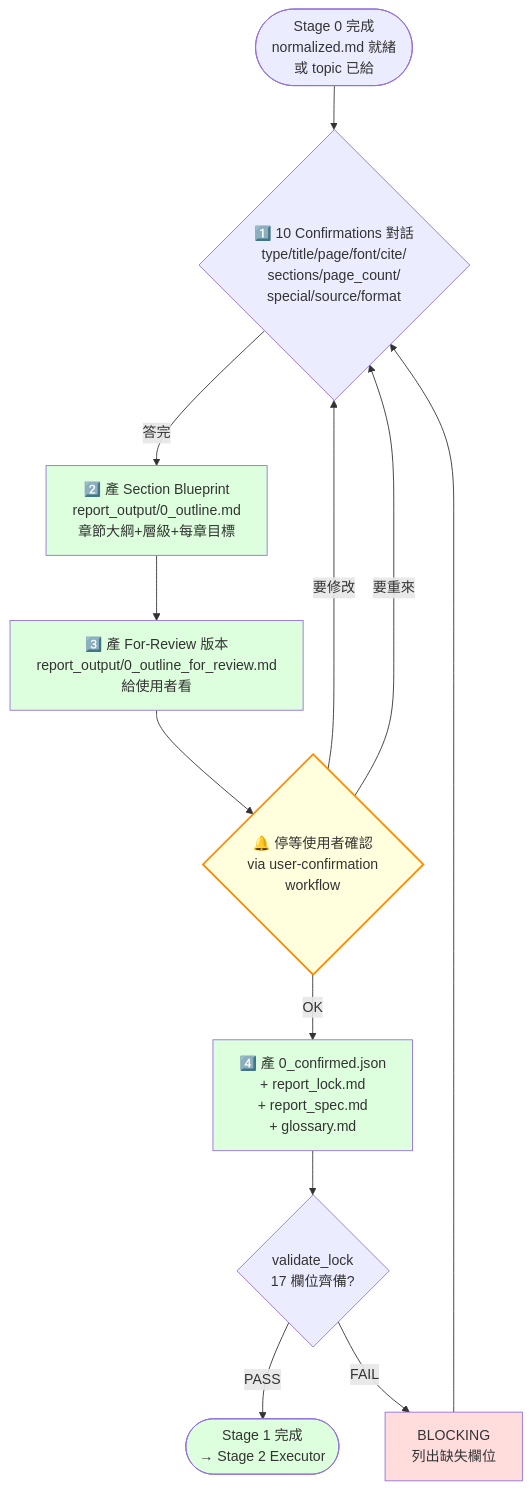
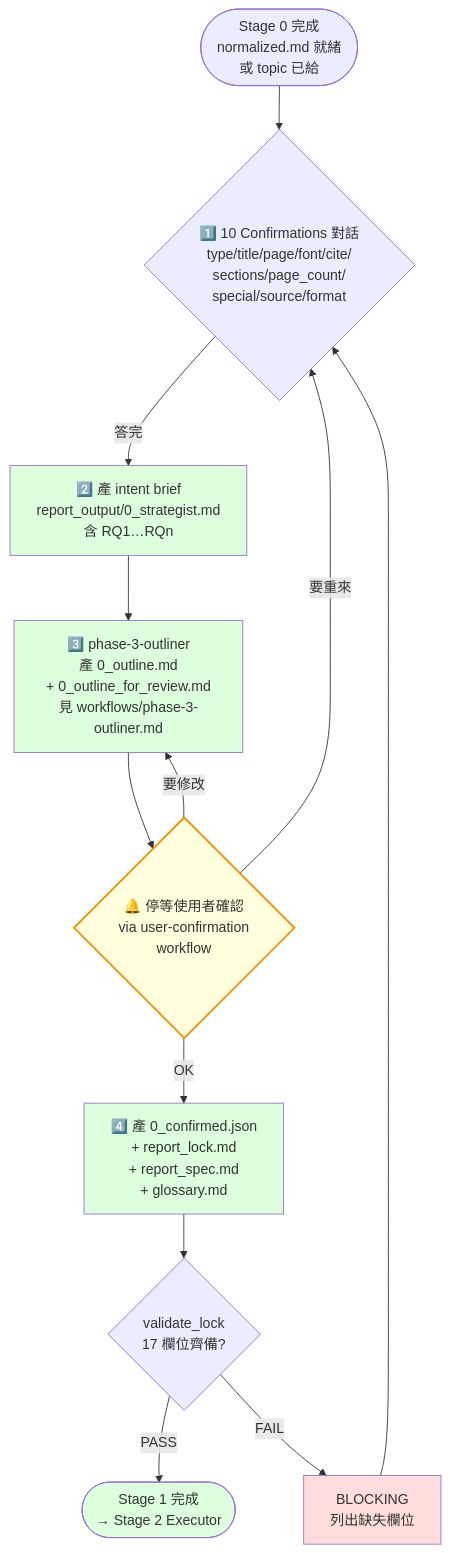
Before and after one commit to HTTP404Not-Found/Report-master: the diagram in workflows/strategist.md, drawn with Mermaid. The commit also changed other lines of this file and 3 other files, not shown here.

First line of the commit message:
feat(report-master): A1 phase-3-outliner workflow

````diff
--- a/workflows/strategist.md
+++ b/workflows/strategist.md
@@ -94,29 +108,29 @@
 ```mermaid
 flowchart TD
     Start([Stage 0 完成<br/>normalized.md 就緒<br/>或 topic 已給]) --> Q1
 
-    Q1{1️⃣ 10 Confirmations 對話<br/>type/title/page/font/cite/<br/>sections/page_count/<br/>special/source/format} -->|答完| Blueprint
+    Q1{1️⃣ 10 Confirmations 對話<br/>type/title/page/font/cite/<br/>sections/page_count/<br/>special/source/format} -->|答完| Brief
 
-    Blueprint[2️⃣ 產 Section Blueprint<br/>report_output/0_outline.md<br/>章節大綱+層級+每章目標] --> ForReview
+    Brief[2️⃣ 產 intent brief<br/>report_output/0_strategist.md<br/>含 RQ1…RQn] --> Out
 
-    ForReview[3️⃣ 產 For-Review 版本<br/>report_output/0_outline_for_review.md<br/>給使用者看] --> Pause
+    Out[3️⃣ phase-3-outliner<br/>產 0_outline.md<br/>+ 0_outline_for_review.md<br/>見 workflows/phase-3-outliner.md] --> Pause
 
     Pause{🔔 停等使用者確認<br/>via user-confirmation<br/>workflow} -->|OK| Lock
-    Pause -->|要修改| Q1
+    Pause -->|要修改| Out
     Pause -->|要重來| Q1
 
     Lock[4️⃣ 產 0_confirmed.json<br/>+ report_lock.md<br/>+ report_spec.md<br/>+ glossary.md] --> Validate
 
     Validate{validate_lock<br/>17 欄位齊備?} -->|PASS| Done
     Validate -->|FAIL| Fix[BLOCKING<br/>列出缺失欄位]
     Fix --> Q1
 
     Done([Stage 1 完成<br/>→ Stage 2 Executor])
 
     style Pause fill:#ffd,stroke:#f80,stroke-width:2px
-    style Blueprint fill:#dfd
-    style ForReview fill:#dfd
+    style Brief fill:#dfd
+    style Out fill:#dfd
     style Lock fill:#dfd
     style Done fill:#dfd
     style Fix fill:#fdd
 ```
````
